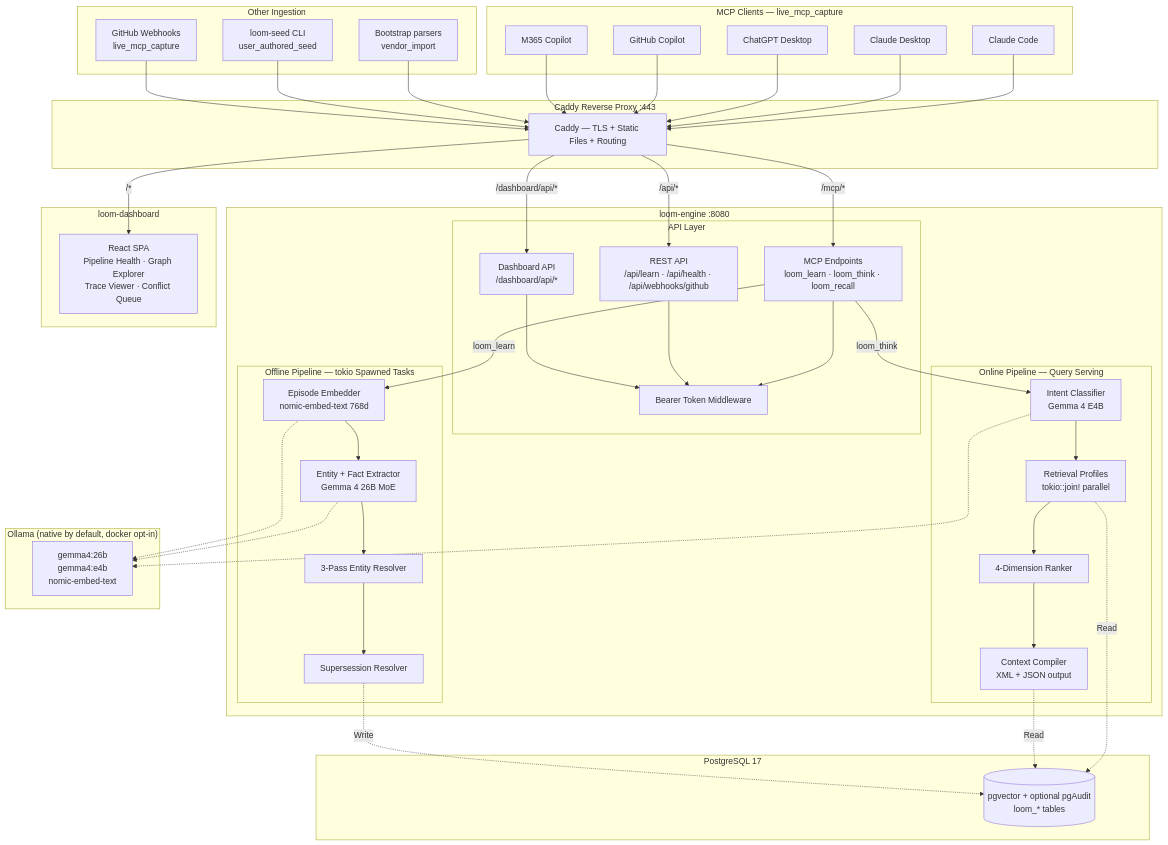
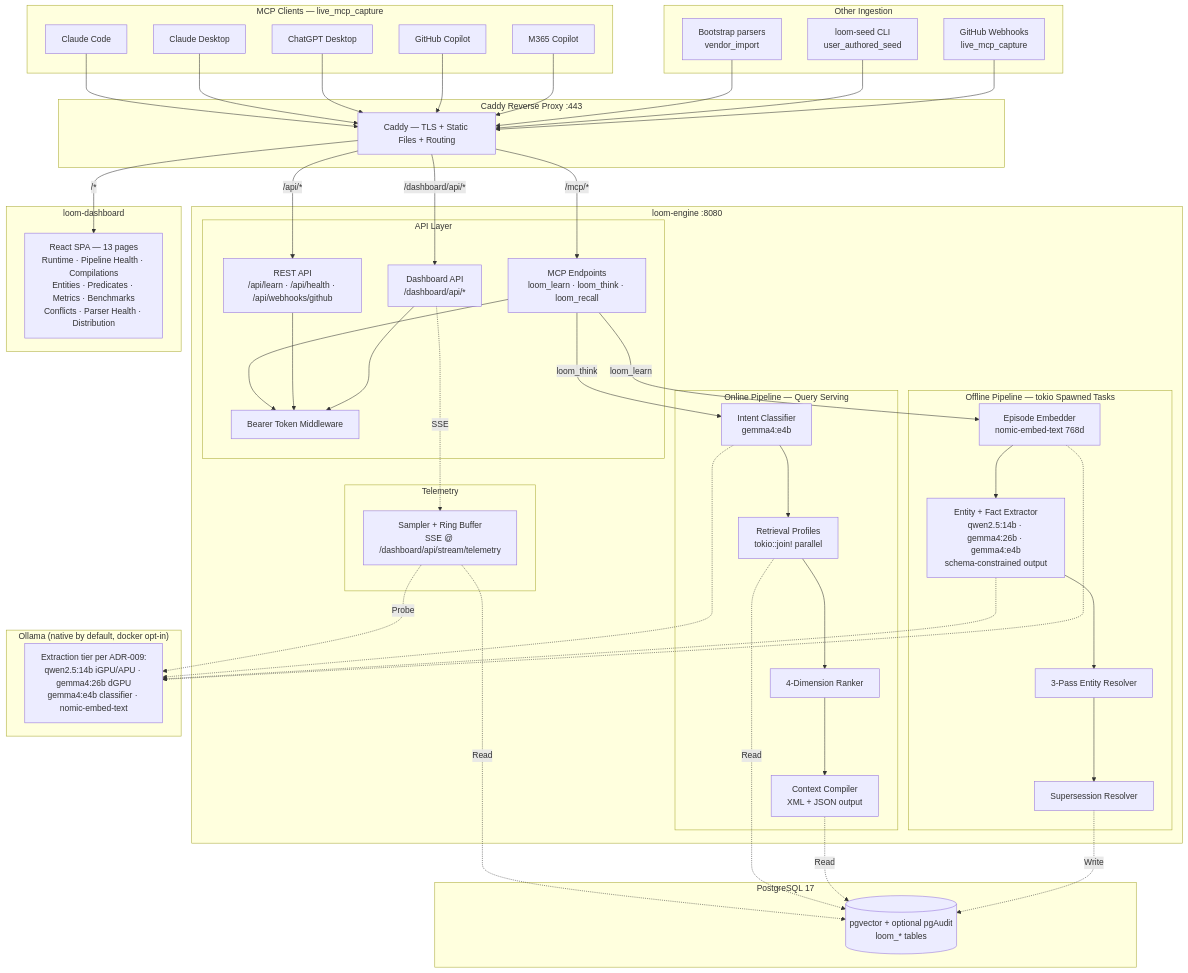
Before and after one commit to technicalanxiety/project-loom: the diagram in README.md, drawn with Mermaid. The commit also changed other lines of this file and 16 other files, not shown here.

```diff
--- a/README.md
+++ b/README.md
@@ -73,7 +73,7 @@
         end
 
         subgraph "Online Pipeline — Query Serving"
-            Classify[Intent Classifier<br/>Gemma 4 E4B]
+            Classify[Intent Classifier<br/>gemma4:e4b]
             Profiles[Retrieval Profiles<br/>tokio::join! parallel]
             Ranker[4-Dimension Ranker]
             Compiler[Context Compiler<br/>XML + JSON output]
@@ -81,18 +81,22 @@
 
         subgraph "Offline Pipeline — tokio Spawned Tasks"
             Embed[Episode Embedder<br/>nomic-embed-text 768d]
-            Extract[Entity + Fact Extractor<br/>Gemma 4 26B MoE]
+            Extract[Entity + Fact Extractor<br/>qwen2.5:14b · gemma4:26b · gemma4:e4b<br/>schema-constrained output]
             Resolve[3-Pass Entity Resolver]
             Supersede[Supersession Resolver]
+        end
+
+        subgraph "Telemetry"
+            Tele[Sampler + Ring Buffer<br/>SSE @ /dashboard/api/stream/telemetry]
         end
     end
 
     subgraph "loom-dashboard"
-        DashUI[React SPA<br/>Pipeline Health · Graph Explorer<br/>Trace Viewer · Conflict Queue]
+        DashUI[React SPA — 13 pages<br/>Runtime · Pipeline Health · Compilations<br/>Entities · Predicates · Metrics · Benchmarks<br/>Conflicts · Parser Health · Distribution]
     end
 
     subgraph "Ollama (native by default, docker opt-in)"
-        Models[gemma4:26b<br/>gemma4:e4b<br/>nomic-embed-text]
+        Models[Extraction tier per ADR-009:<br/>qwen2.5:14b iGPU/APU · gemma4:26b dGPU<br/>gemma4:e4b classifier · nomic-embed-text]
     end
 
     subgraph "PostgreSQL 17"
@@ -131,6 +135,10 @@
     Classify -.-> Models
     Embed -.-> Models
 
+    Tele -.->|Read| DB
+    Tele -.->|Probe| Models
+    DashAPI -.->|SSE| Tele
+
     Profiles -.->|Read| DB
     Compiler -.->|Read| DB
     Supersede -.->|Write| DB
```
